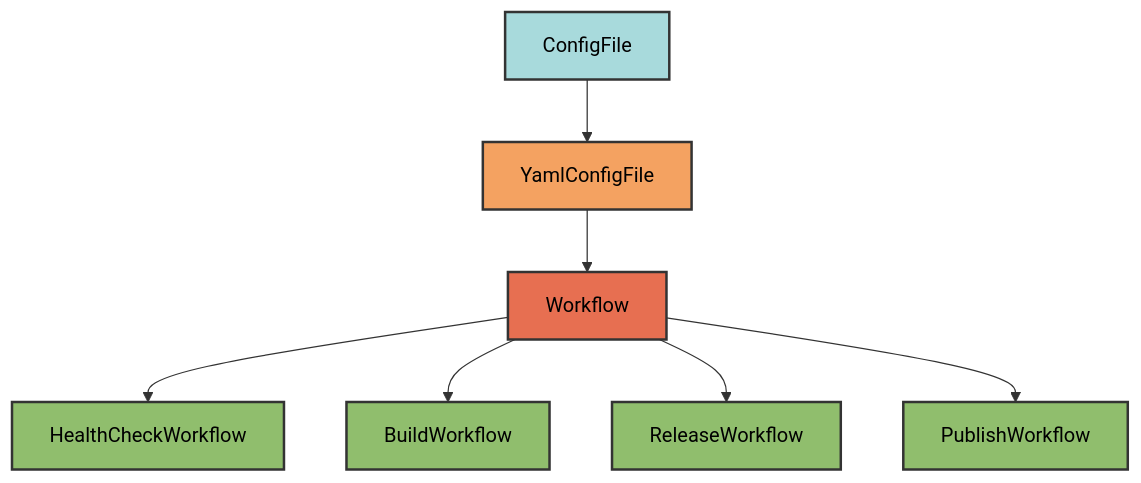
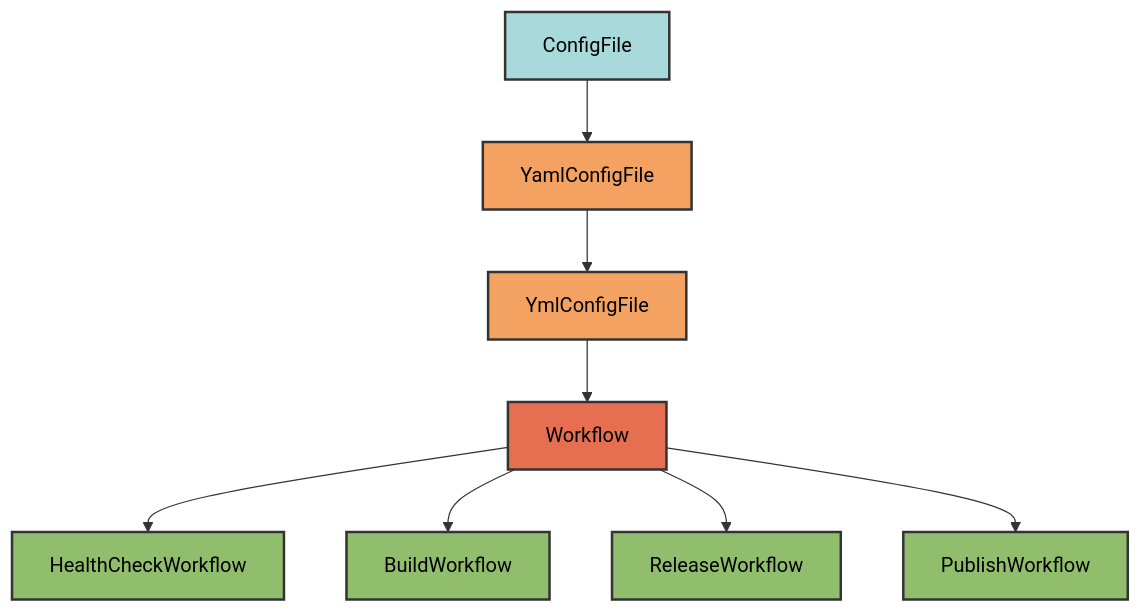
The first of 3 diagrams in docs/configs/workflows/architecture.md (Winipedia/pyrig), drawn with Mermaid before and after one commit. The commit also changed 1 other file, not shown here.

Commit message:
yaml workflows to yml workflows

````diff
--- a/docs/configs/workflows/architecture.md
+++ b/docs/configs/workflows/architecture.md
@@ -13,17 +13,19 @@
 ```mermaid
 graph TD
     A[ConfigFile] --> B[YamlConfigFile]
-    B --> C[Workflow]
+    B --> B1[YmlConfigFile]
+    B1 --> C[Workflow]
     C --> D[HealthCheckWorkflow]
     C --> E[BuildWorkflow]
     C --> F[ReleaseWorkflow]
     C --> G[PublishWorkflow]
 
     style A fill:#a8dadc,stroke:#333,stroke-width:2px,color:#000
     style B fill:#f4a261,stroke:#333,stroke-width:2px,color:#000
+    style B1 fill:#f4a261,stroke:#333,stroke-width:2px,color:#000
     style C fill:#e76f51,stroke:#333,stroke-width:2px,color:#000
     style D fill:#90be6d,stroke:#333,stroke-width:2px,color:#000
     style E fill:#90be6d,stroke:#333,stroke-width:2px,color:#000
     style F fill:#90be6d,stroke:#333,stroke-width:2px,color:#000
     style G fill:#90be6d,stroke:#333,stroke-width:2px,color:#000
 ```
````
